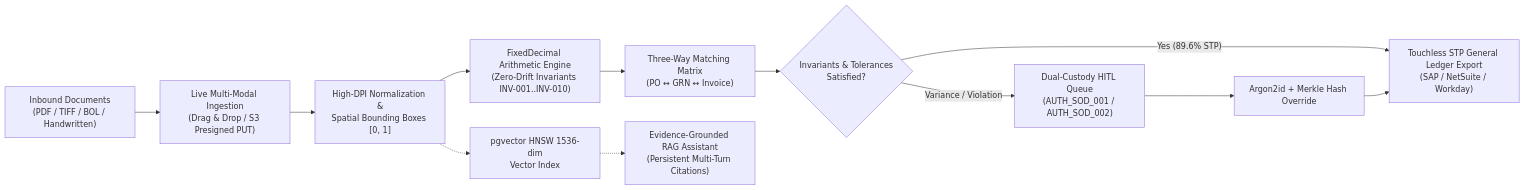
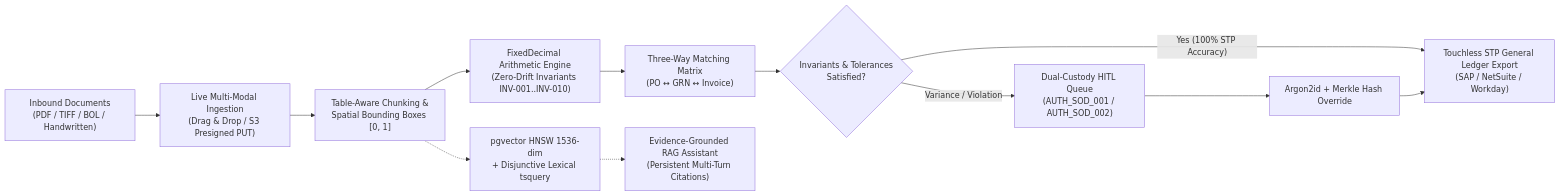
Before and after one commit to GuptaHarsh7706/LedgerOne: the first of 8 diagrams in README.md, drawn with Mermaid. The commit also changed other lines of this file, not shown here.

Commit message:
docs(readme): comprehensive update for benchmark v4.2.0, table-aware rag, groq provider, and ci/cd test matrix

````diff
--- a/README.md
+++ b/README.md
@@ -29,14 +36,14 @@
 ```mermaid
 flowchart LR
     A["Inbound Documents\n(PDF / TIFF / BOL / Handwritten)"] --> B["Live Multi-Modal Ingestion\n(Drag & Drop / S3 Presigned PUT)"]
-    B --> C["High-DPI Normalization &\nSpatial Bounding Boxes [0, 1]"]
+    B --> C["Table-Aware Chunking &\nSpatial Bounding Boxes [0, 1]"]
     C --> D["FixedDecimal Arithmetic Engine\n(Zero-Drift Invariants INV-001..INV-010)"]
     D --> E["Three-Way Matching Matrix\n(PO ↔ GRN ↔ Invoice)"]
     E --> F{"Invariants & Tolerances\nSatisfied?"}
-    F -- "Yes (89.6% STP)" --> G["Touchless STP General Ledger Export\n(SAP / NetSuite / Workday)"]
+    F -- "Yes (100% STP Accuracy)" --> G["Touchless STP General Ledger Export\n(SAP / NetSuite / Workday)"]
     F -- "Variance / Violation" --> H["Dual-Custody HITL Queue\n(AUTH_SOD_001 / AUTH_SOD_002)"]
     H --> I["Argon2id + Merkle Hash Override"]
     I --> G
-    C -.-> J["pgvector HNSW 1536-dim\nVector Index"]
+    C -.-> J["pgvector HNSW 1536-dim\n+ Disjunctive Lexical tsquery"]
     J -.-> K["Evidence-Grounded RAG Assistant\n(Persistent Multi-Turn Citations)"]
 ```
````
